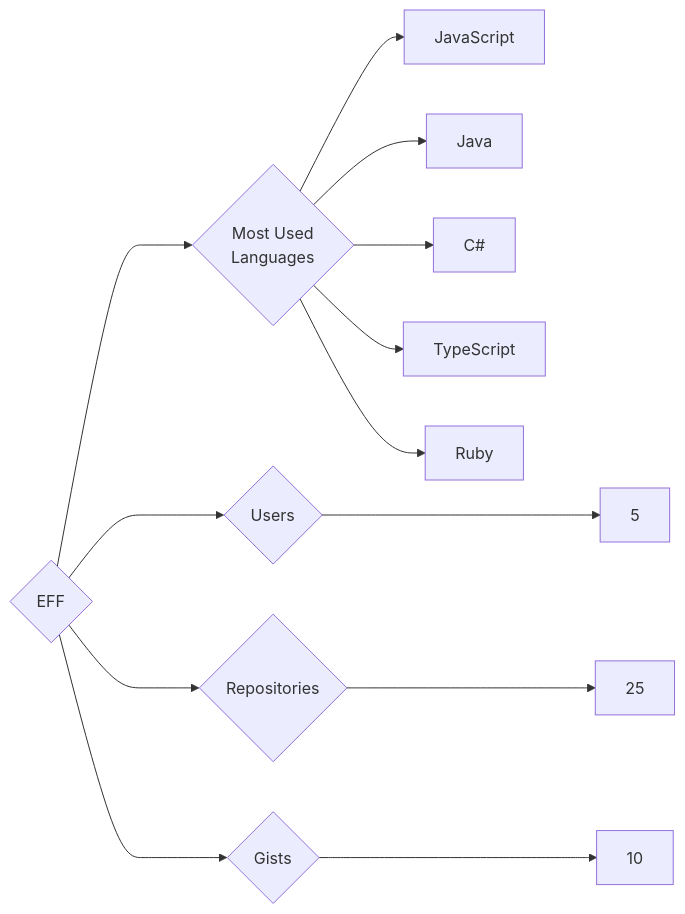
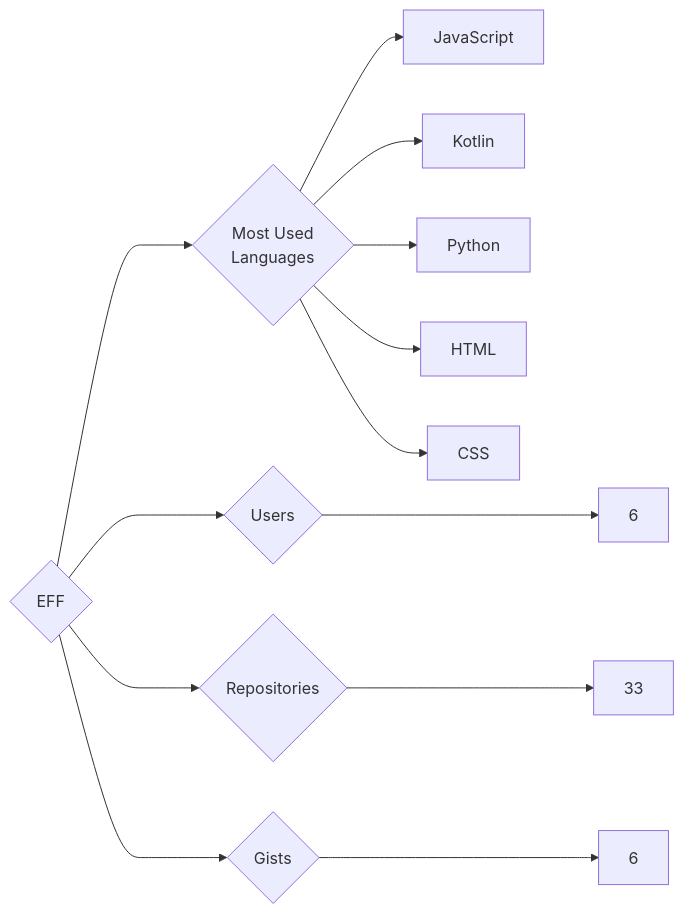
Before and after one commit to trickest/insiders: the diagram in targets/EFF/README.md, drawn with Mermaid. The commit also changed 724 other files, not shown here.

````diff
--- a/targets/EFF/README.md
+++ b/targets/EFF/README.md
@@ -3,13 +3,13 @@
 ```mermaid
 graph LR
 COMPANY_NAME{EFF}
-COMPANY_NAME ---> U{Users} ---> UN[5]
-COMPANY_NAME ---> R{Repositories} ---> RN[25]
-COMPANY_NAME ---> G{Gists} ---> GN[10]
+COMPANY_NAME ---> U{Users} ---> UN[6]
+COMPANY_NAME ---> R{Repositories} ---> RN[33]
+COMPANY_NAME ---> G{Gists} ---> GN[6]
 COMPANY_NAME ---> ML{Most Used<br>Languages}
 ML --> JavaScript[JavaScript]
-ML --> Java[Java]
-ML --> C#[C#]
-ML --> TypeScript[TypeScript]
-ML --> Ruby[Ruby]
+ML --> Kotlin[Kotlin]
+ML --> Python[Python]
+ML --> HTML[HTML]
+ML --> CSS[CSS]
 ```
````
